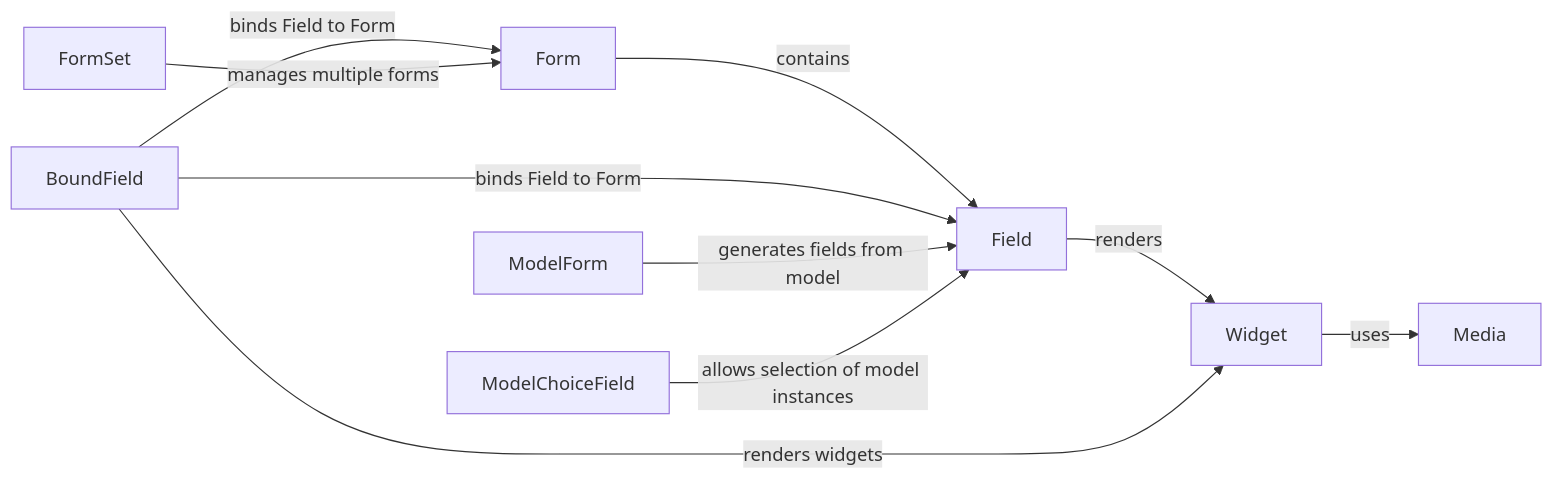
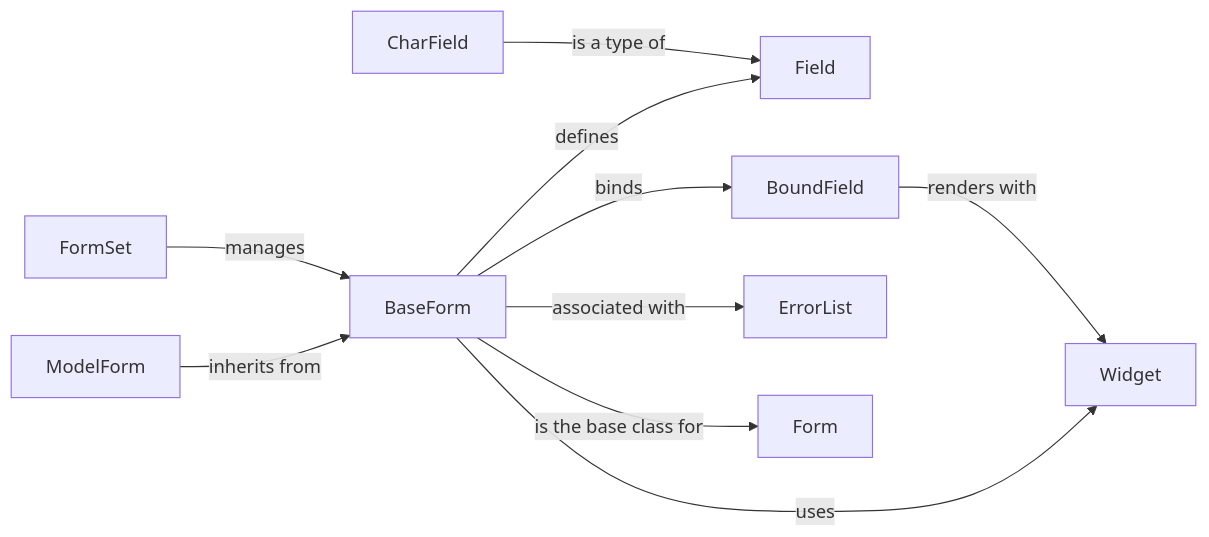
One commit to CodeBoarding/GeneratedOnBoardings changed the diagram in django/Form Handling and Validation.md. Above: the diagram before and after it, drawn with Mermaid. The commit also changed other lines of this file and 12 other files, not shown here.

````diff
--- a/django/Form Handling and Validation.md
+++ b/django/Form Handling and Validation.md
@@ -1,20 +1,19 @@
 ```mermaid
 graph LR
-    Form["Form"]
+    BaseForm["BaseForm"]
     Field["Field"]
     Widget["Widget"]
     BoundField["BoundField"]
     ModelForm["ModelForm"]
     FormSet["FormSet"]
-    ModelChoiceField["ModelChoiceField"]
-    Media["Media"]
-    Form -- "contains" --> Field
-    Field -- "renders" --> Widget
-    BoundField -- "binds Field to Form" --> Field
-    BoundField -- "binds Field to Form" --> Form
-    ModelForm -- "generates fields from model" --> Field
-    FormSet -- "manages multiple forms" --> Form
-    ModelChoiceField -- "allows selection of model instances" --> Field
-    Widget -- "uses" --> Media
-    BoundField -- "renders widgets" --> Widget
+    ErrorList["ErrorList"]
+    BaseForm -- "is the base class for" --> Form
+    BaseForm -- "defines" --> Field
+    BaseForm -- "uses" --> Widget
+    BaseForm -- "binds" --> BoundField
+    ModelForm -- "inherits from" --> BaseForm
+    FormSet -- "manages" --> BaseForm
+    BaseForm -- "associated with" --> ErrorList
+    BoundField -- "renders with" --> Widget
+    CharField -- "is a type of" --> Field
 ```
````
